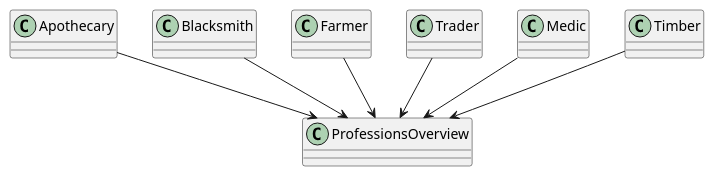
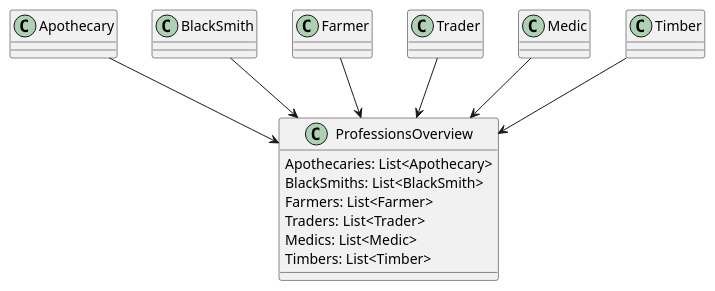
One commit to kollibroman/ColonySimulator changed the diagram in UmlSchemas/ProjectSchema/Helpers/ProfessionsOverview.puml. Above: the diagram before and after it, drawn with PlantUML. The commit also changed 19 other files, not shown here.

Commit message:
Full schema created

```diff
--- a/UmlSchemas/ProjectSchema/Helpers/ProfessionsOverview.puml
+++ b/UmlSchemas/ProjectSchema/Helpers/ProfessionsOverview.puml
@@ -1,11 +1,17 @@
 @startuml
 class ProfessionsOverview {
+    Apothecaries: List<Apothecary>
+    BlackSmiths: List<BlackSmith>
+    Farmers: List<Farmer>
+    Traders: List<Trader>
+    Medics: List<Medic>
+    Timbers: List<Timber>
 }
 
 Apothecary --> ProfessionsOverview
-Blacksmith --> ProfessionsOverview
+BlackSmith --> ProfessionsOverview
 Farmer --> ProfessionsOverview
 Trader --> ProfessionsOverview
 Medic --> ProfessionsOverview
 Timber --> ProfessionsOverview
 @enduml
```
